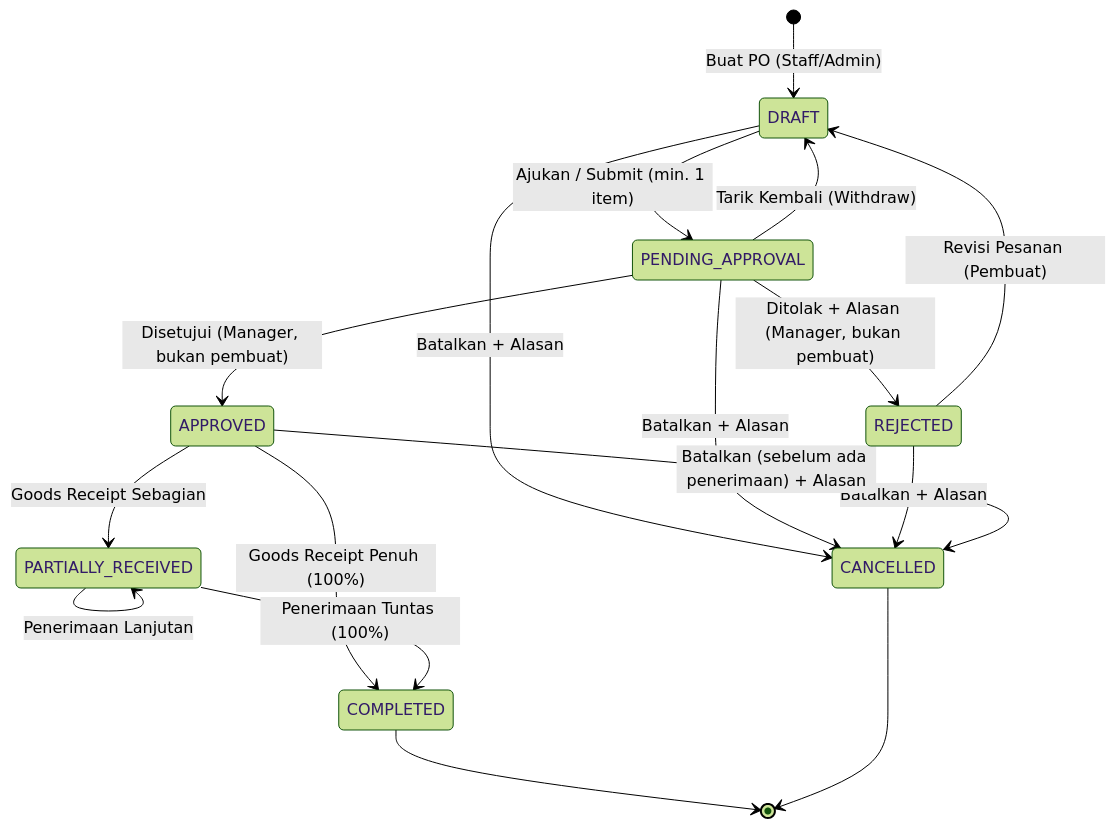
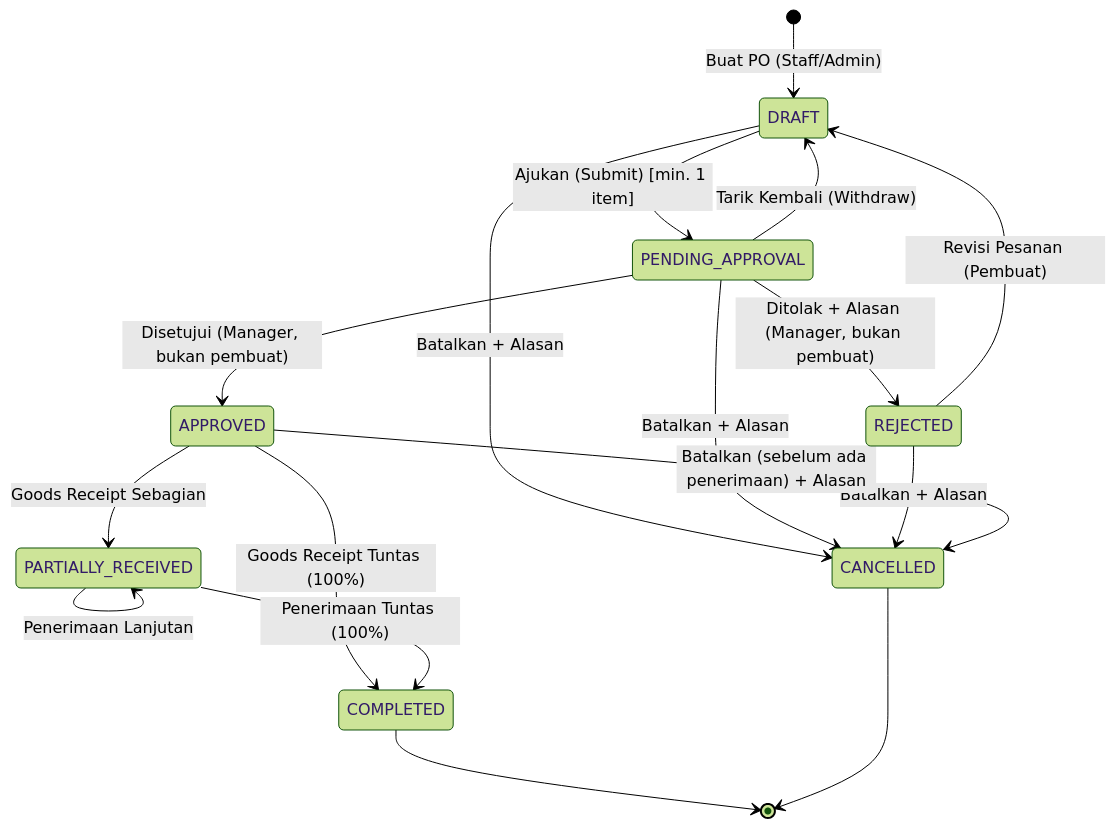
The diagram in docs/PORTOFOLIO_PENUTUPAN_MAGANG.md (raisazahra14/belajar-laravel-bcs), drawn with Mermaid (forest theme) before and after one commit. The commit also changed other lines of this file, not shown here.

````diff
--- a/docs/PORTOFOLIO_PENUTUPAN_MAGANG.md
+++ b/docs/PORTOFOLIO_PENUTUPAN_MAGANG.md
@@ -123,24 +242,24 @@
 ```mermaid
 stateDiagram-v2
     [*] --> DRAFT: Buat PO (Staff/Admin)
-    DRAFT --> PENDING_APPROVAL: Ajukan / Submit (min. 1 item)
+    DRAFT --> PENDING_APPROVAL: Ajukan (Submit) [min. 1 item]
     DRAFT --> CANCELLED: Batalkan + Alasan
     
     PENDING_APPROVAL --> APPROVED: Disetujui (Manager, bukan pembuat)
     PENDING_APPROVAL --> REJECTED: Ditolak + Alasan (Manager, bukan pembuat)
     PENDING_APPROVAL --> DRAFT: Tarik Kembali (Withdraw)
     PENDING_APPROVAL --> CANCELLED: Batalkan + Alasan
     
     REJECTED --> DRAFT: Revisi Pesanan (Pembuat)
     REJECTED --> CANCELLED: Batalkan + Alasan
     
     APPROVED --> PARTIALLY_RECEIVED: Goods Receipt Sebagian
-    APPROVED --> COMPLETED: Goods Receipt Penuh (100%)
+    APPROVED --> COMPLETED: Goods Receipt Tuntas (100%)
     APPROVED --> CANCELLED: Batalkan (sebelum ada penerimaan) + Alasan
     
     PARTIALLY_RECEIVED --> PARTIALLY_RECEIVED: Penerimaan Lanjutan
     PARTIALLY_RECEIVED --> COMPLETED: Penerimaan Tuntas (100%)
     
     COMPLETED --> [*]
     CANCELLED --> [*]
 ```
````
